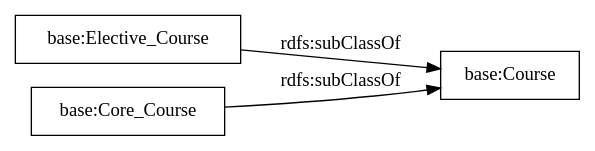
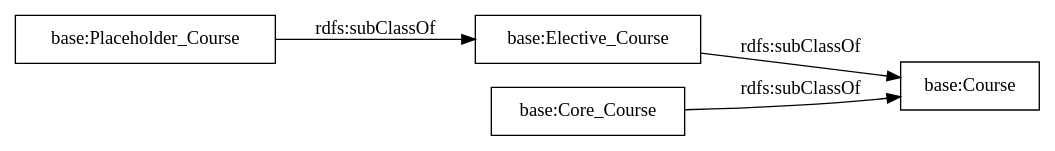
One commit to OnToologyUser/OntoCIS1 changed the diagram in OnToology/curricula.owl/diagrams/ar2dtool-taxonomy/curricula.owl.png.dot. Above: the diagram before and after it, drawn with Graphviz. The commit also changed 122 other files, not shown here.

```diff
--- a/OnToology/curricula.owl/diagrams/ar2dtool-taxonomy/curricula.owl.png.dot
+++ b/OnToology/curricula.owl/diagrams/ar2dtool-taxonomy/curricula.owl.png.dot
@@ -1,8 +1,9 @@
 digraph ar2dtool_diagram { 
 rankdir=LR;
 size="1000"
-node [shape = rectangle, color="black"]; "base:Elective_Course" "base:Core_Course" "base:Course" ; /*classes style*/
+node [shape = rectangle, color="black"]; "base:Placeholder_Course" "base:Elective_Course" "base:Core_Course" "base:Course" ; /*classes style*/
 	"base:Elective_Course" -> "base:Course" [ label = "rdfs:subClassOf" ];
+	"base:Placeholder_Course" -> "base:Elective_Course" [ label = "rdfs:subClassOf" ];
 	"base:Core_Course" -> "base:Course" [ label = "rdfs:subClassOf" ];
 
 }
```
